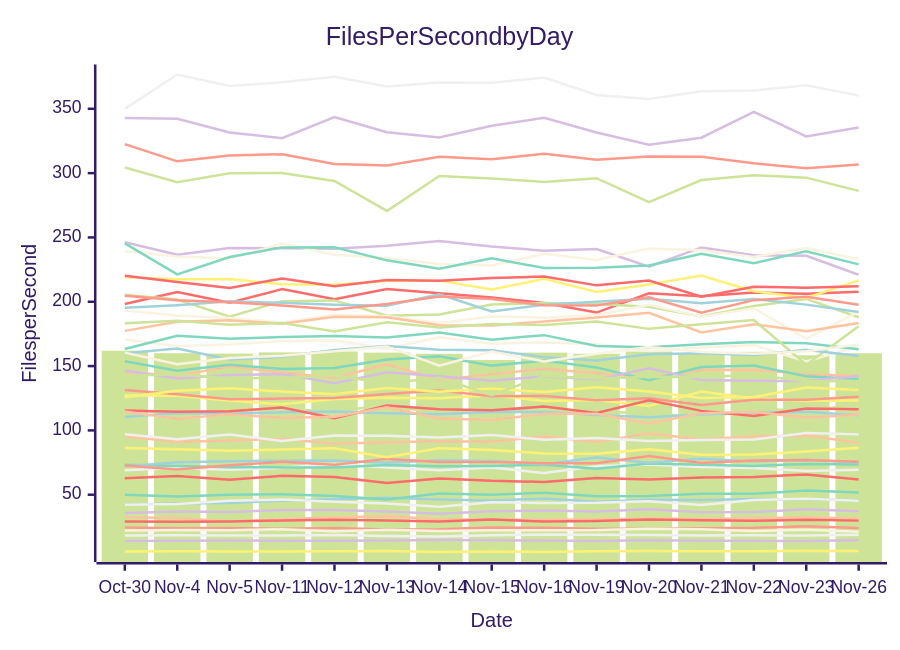
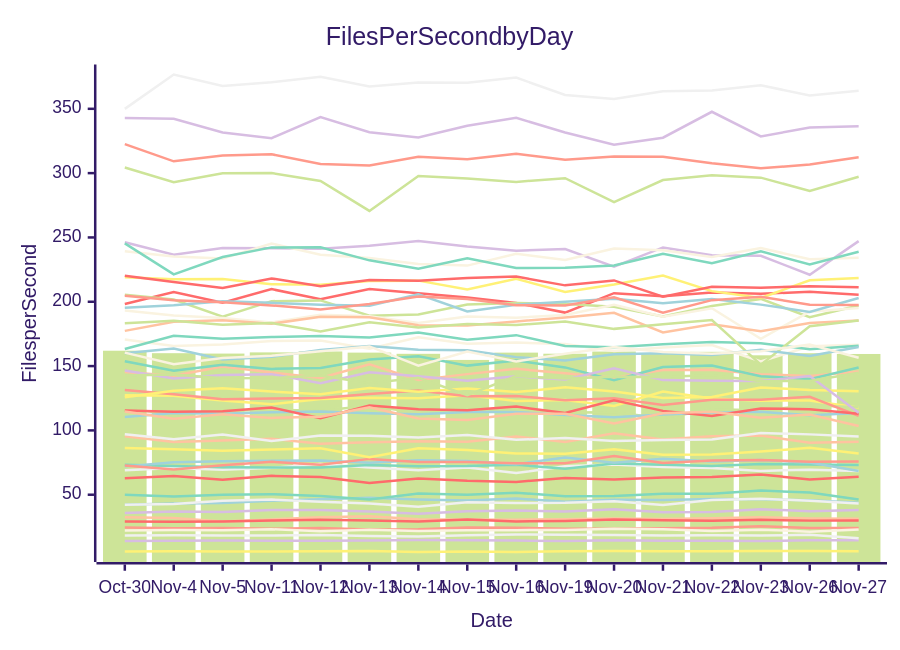
One commit to streetsidesoftware/cspell changed the diagram in perf-report.md. Above: the diagram before and after it, drawn with Mermaid (forest theme). The commit also changed other lines of this file and 1 other file, not shown here.

````diff
--- a/perf-report.md
+++ b/perf-report.md
@@ -10,57 +10,57 @@
 ```mermaid
 xychart-beta
     title Files Per Second by Day
     y-axis Files per Second
-    x-axis Date [Oct-30, Nov-4, Nov-5, Nov-11, Nov-12, Nov-13, Nov-14, Nov-15, Nov-16, Nov-19, Nov-20, Nov-21, Nov-22, Nov-23, Nov-26]
-    bar [161.94, 160.02, 159.72, 160.65, 161.35, 160.47, 159.54, 154.79, 160.46, 159.61, 161.30, 160.06, 161.07, 158.38, 160.01]
-    line [198.27, 207.58, 199.26, 209.84, 202.01, 209.99, 206.66, 203.31, 199.00, 191.59, 206.65, 204.27, 207.11, 206.14, 207.83]
-    line [42.25, 43.22, 43.49, 45.34, 46.46, 47.61, 46.36, 45.42, 47.07, 44.45, 46.03, 45.93, 46.58, 46.39, 45.62]
-    line [13.97, 14.18, 14.33, 14.26, 14.23, 14.49, 14.71, 14.55, 14.39, 13.95, 14.60, 14.17, 14.18, 13.95, 14.61]
-    line [18.25, 18.44, 18.38, 18.23, 18.67, 17.83, 17.56, 18.43, 19.15, 18.91, 18.65, 18.27, 18.52, 18.27, 18.83]
-    line [95.53, 91.04, 92.11, 93.46, 89.53, 90.84, 91.64, 91.15, 95.31, 91.02, 97.72, 93.01, 95.37, 95.97, 90.32]
-    line [49.99, 48.68, 50.03, 50.42, 49.00, 46.22, 50.88, 49.95, 51.56, 48.83, 49.01, 50.78, 50.67, 53.20, 51.79]
-    line [24.43, 23.95, 24.20, 23.49, 24.08, 23.00, 23.06, 24.50, 24.34, 23.62, 23.53, 24.02, 24.23, 25.56, 24.09]
-    line [22.12, 22.59, 22.34, 23.16, 21.54, 22.68, 21.85, 22.43, 22.45, 22.56, 23.60, 23.23, 21.70, 22.82, 21.29]
-    line [127.28, 126.86, 123.18, 120.25, 124.45, 125.35, 124.99, 127.41, 122.93, 123.56, 118.96, 130.24, 124.88, 123.12, 123.27]
-    line [117.43, 111.89, 115.01, 116.13, 115.22, 119.08, 113.54, 116.51, 115.21, 113.92, 114.16, 109.46, 116.44, 115.65, 119.47]
-    line [62.75, 64.51, 61.69, 64.67, 63.79, 59.02, 62.70, 60.80, 59.91, 63.00, 61.76, 63.34, 63.78, 65.76, 61.80]
-    line [110.40, 113.53, 112.85, 114.15, 114.65, 113.36, 112.62, 114.36, 114.33, 111.99, 110.22, 112.37, 113.80, 114.46, 111.80]
-    line [35.71, 36.86, 36.50, 38.05, 38.19, 36.99, 35.25, 37.09, 37.76, 37.04, 38.77, 36.43, 36.55, 38.70, 37.18]
-    line [69.09, 70.86, 69.37, 70.88, 73.81, 71.09, 69.11, 71.10, 66.81, 72.11, 73.56, 71.52, 70.73, 68.53, 69.45]
-    line [145.45, 142.42, 149.63, 145.08, 140.78, 151.35, 139.20, 143.75, 147.85, 144.42, 140.89, 146.99, 147.16, 143.68, 142.26]
-    line [73.22, 72.23, 71.32, 71.25, 71.08, 73.06, 72.16, 72.33, 73.39, 70.13, 74.26, 73.25, 72.41, 73.90, 73.49]
-    line [131.49, 128.05, 124.13, 124.73, 125.27, 128.39, 131.06, 126.59, 126.76, 123.53, 124.94, 119.79, 123.77, 123.92, 126.14]
-    line [170.61, 165.61, 166.70, 169.45, 169.81, 163.46, 172.46, 167.41, 168.34, 167.09, 161.78, 164.45, 166.41, 153.59, 165.34]
-    line [125.70, 130.73, 132.76, 130.23, 128.16, 133.01, 129.97, 132.49, 129.80, 133.61, 130.16, 125.21, 125.92, 133.37, 131.47]
-    line [205.39, 201.71, 188.42, 200.46, 201.07, 189.10, 190.06, 197.82, 199.09, 198.24, 196.06, 188.63, 196.64, 202.22, 187.96]
-    line [115.50, 114.45, 114.87, 117.85, 109.38, 119.29, 116.46, 115.59, 118.49, 113.54, 123.36, 115.17, 111.11, 117.00, 116.48]
-    line [72.03, 75.21, 76.09, 76.34, 76.58, 74.79, 76.80, 76.30, 73.76, 78.85, 74.91, 77.93, 75.92, 76.91, 75.07]
-    line [246.20, 236.64, 241.81, 241.59, 241.14, 243.55, 247.17, 242.91, 239.70, 241.02, 227.21, 242.23, 236.13, 235.78, 220.97]
-    line [97.05, 93.17, 96.79, 91.80, 95.95, 95.87, 94.48, 96.44, 92.65, 94.10, 91.76, 92.63, 92.88, 97.96, 96.91]
-    line [32.41, 31.83, 29.14, 30.76, 32.43, 33.35, 30.87, 30.71, 30.55, 30.97, 31.56, 31.09, 31.75, 32.47, 31.60]
-    line [163.25, 173.61, 171.18, 172.63, 173.35, 172.14, 176.09, 170.54, 174.05, 165.70, 164.60, 166.98, 168.69, 167.81, 163.00]
-    line [72.80, 69.62, 72.93, 75.62, 73.39, 77.86, 75.46, 75.53, 74.48, 74.42, 80.12, 74.68, 76.58, 77.00, 75.69]
-    line [193.23, 189.38, 187.47, 183.93, 189.93, 188.83, 183.53, 188.50, 187.66, 189.71, 197.63, 188.37, 194.96, 171.19, 192.32]
-    line [219.14, 217.54, 217.64, 213.57, 213.32, 216.11, 216.43, 209.55, 217.83, 207.54, 213.34, 220.45, 208.25, 203.01, 216.67]
-    line [304.34, 292.89, 299.81, 300.08, 293.90, 270.62, 297.75, 295.78, 293.19, 296.08, 277.37, 294.62, 298.41, 296.48, 286.19]
-    line [29.14, 29.07, 29.19, 29.96, 30.60, 29.98, 29.13, 30.65, 29.20, 29.66, 30.68, 30.21, 29.67, 30.46, 29.86]
-    line [195.27, 197.35, 200.31, 199.19, 197.63, 196.85, 205.77, 192.52, 197.76, 200.10, 202.32, 198.81, 202.16, 197.78, 192.08]
-    line [342.79, 342.26, 331.64, 327.21, 343.58, 331.81, 327.76, 336.79, 342.94, 331.62, 322.15, 327.54, 347.69, 328.52, 335.50]
-    line [42.24, 42.88, 45.37, 46.20, 44.50, 43.23, 40.60, 44.15, 43.48, 43.70, 44.83, 41.94, 45.87, 46.91, 45.25]
-    line [177.36, 184.49, 185.72, 182.94, 188.28, 187.98, 181.73, 181.49, 184.66, 187.81, 191.42, 176.14, 182.60, 177.02, 183.57]
-    line [153.73, 146.39, 151.10, 147.79, 148.60, 155.08, 157.59, 150.36, 154.26, 148.98, 139.01, 149.20, 150.38, 142.14, 139.88]
-    line [204.60, 201.12, 199.63, 197.18, 194.05, 198.31, 204.17, 202.23, 197.34, 197.09, 203.42, 191.56, 201.26, 203.88, 197.62]
-    line [239.32, 235.17, 233.67, 245.24, 236.50, 233.98, 229.39, 228.12, 237.34, 232.45, 241.31, 240.00, 234.88, 241.77, 233.01]
-    line [5.80, 6.05, 5.91, 5.92, 6.05, 6.23, 5.47, 5.95, 5.52, 6.13, 6.21, 6.06, 6.00, 6.29, 6.16]
-    line [183.23, 185.22, 182.14, 183.42, 176.89, 184.07, 179.92, 182.71, 181.97, 184.63, 178.93, 182.57, 185.79, 151.12, 180.91]
-    line [220.21, 215.36, 210.66, 218.14, 212.13, 216.95, 216.28, 218.40, 219.59, 212.75, 216.58, 203.96, 211.74, 210.99, 212.04]
-    line [160.02, 163.60, 155.05, 157.20, 162.55, 165.62, 162.61, 162.23, 156.96, 154.28, 159.13, 159.89, 158.58, 162.75, 157.87]
-    line [146.59, 140.40, 143.02, 143.74, 136.69, 145.20, 142.11, 138.52, 142.01, 139.48, 148.36, 139.11, 138.55, 138.37, 142.22]
-    line [349.95, 376.67, 367.68, 370.64, 374.87, 367.41, 370.51, 370.21, 374.24, 360.74, 357.55, 363.60, 364.19, 368.22, 360.42]
-    line [114.69, 109.15, 112.48, 109.72, 110.55, 118.02, 109.29, 108.02, 112.93, 112.97, 105.44, 113.26, 114.47, 109.88, 112.40]
-    line [245.41, 221.31, 234.75, 242.27, 242.37, 232.19, 225.67, 233.72, 226.18, 226.48, 228.27, 237.35, 230.05, 239.20, 229.08]
-    line [322.55, 309.17, 313.73, 314.69, 307.18, 306.00, 312.70, 310.78, 315.06, 310.37, 312.90, 312.74, 307.69, 303.77, 306.69]
-    line [160.48, 151.46, 156.36, 158.02, 161.56, 165.28, 150.34, 161.29, 153.65, 159.58, 164.91, 160.94, 159.52, 161.45, 166.78]
-    line [86.40, 85.26, 84.18, 85.13, 86.07, 79.22, 86.18, 84.80, 82.10, 81.80, 85.25, 80.99, 81.28, 83.53, 86.46]
-    line [142.74, 143.48, 140.52, 140.72, 142.75, 136.72, 140.92, 127.38, 142.26, 140.32, 141.64, 141.43, 143.12, 138.28, 138.39]
+    x-axis Date [Oct-30, Nov-4, Nov-5, Nov-11, Nov-12, Nov-13, Nov-14, Nov-15, Nov-16, Nov-19, Nov-20, Nov-21, Nov-22, Nov-23, Nov-26, Nov-27]
+    bar [161.94, 160.02, 159.72, 160.65, 161.35, 160.47, 159.54, 154.79, 160.46, 159.61, 161.30, 160.06, 161.07, 158.38, 160.01, 159.41]
+    line [198.27, 207.58, 199.26, 209.84, 202.01, 209.99, 206.66, 203.31, 199.00, 191.59, 206.65, 204.27, 207.11, 206.14, 207.83, 205.36]
+    line [42.25, 43.22, 43.49, 45.34, 46.46, 47.61, 46.36, 45.42, 47.07, 44.45, 46.03, 45.93, 46.58, 46.39, 45.62, 43.78]
+    line [13.97, 14.18, 14.33, 14.26, 14.23, 14.49, 14.71, 14.55, 14.39, 13.95, 14.60, 14.17, 14.18, 13.95, 14.61, 14.56]
+    line [18.25, 18.44, 18.38, 18.23, 18.67, 17.83, 17.56, 18.43, 19.15, 18.91, 18.65, 18.27, 18.52, 18.27, 18.83, 16.23]
+    line [95.53, 91.04, 92.11, 93.46, 89.53, 90.84, 91.64, 91.15, 95.31, 91.02, 97.72, 93.01, 95.37, 95.97, 90.32, 91.15]
+    line [49.99, 48.68, 50.03, 50.42, 49.00, 46.22, 50.88, 49.95, 51.56, 48.83, 49.01, 50.78, 50.67, 53.20, 51.79, 46.30]
+    line [24.43, 23.95, 24.20, 23.49, 24.08, 23.00, 23.06, 24.50, 24.34, 23.62, 23.53, 24.02, 24.23, 25.56, 24.09, 24.15]
+    line [22.12, 22.59, 22.34, 23.16, 21.54, 22.68, 21.85, 22.43, 22.45, 22.56, 23.60, 23.23, 21.70, 22.82, 21.29, 23.04]
+    line [127.28, 126.86, 123.18, 120.25, 124.45, 125.35, 124.99, 127.41, 122.93, 123.56, 118.96, 130.24, 124.88, 123.12, 123.27, 117.58]
+    line [117.43, 111.89, 115.01, 116.13, 115.22, 119.08, 113.54, 116.51, 115.21, 113.92, 114.16, 109.46, 116.44, 115.65, 119.47, 117.91]
+    line [62.75, 64.51, 61.69, 64.67, 63.79, 59.02, 62.70, 60.80, 59.91, 63.00, 61.76, 63.34, 63.78, 65.76, 61.80, 63.94]
+    line [110.40, 113.53, 112.85, 114.15, 114.65, 113.36, 112.62, 114.36, 114.33, 111.99, 110.22, 112.37, 113.80, 114.46, 111.80, 113.50]
+    line [35.71, 36.86, 36.50, 38.05, 38.19, 36.99, 35.25, 37.09, 37.76, 37.04, 38.77, 36.43, 36.55, 38.70, 37.18, 38.15]
+    line [69.09, 70.86, 69.37, 70.88, 73.81, 71.09, 69.11, 71.10, 66.81, 72.11, 73.56, 71.52, 70.73, 68.53, 69.45, 68.52]
+    line [145.45, 142.42, 149.63, 145.08, 140.78, 151.35, 139.20, 143.75, 147.85, 144.42, 140.89, 146.99, 147.16, 143.68, 142.26, 145.76]
+    line [73.22, 72.23, 71.32, 71.25, 71.08, 73.06, 72.16, 72.33, 73.39, 70.13, 74.26, 73.25, 72.41, 73.90, 73.49, 73.18]
+    line [131.49, 128.05, 124.13, 124.73, 125.27, 128.39, 131.06, 126.59, 126.76, 123.53, 124.94, 119.79, 123.77, 123.92, 126.14, 111.29]
+    line [170.61, 165.61, 166.70, 169.45, 169.81, 163.46, 172.46, 167.41, 168.34, 167.09, 161.78, 164.45, 166.41, 153.59, 165.34, 166.49]
+    line [125.70, 130.73, 132.76, 130.23, 128.16, 133.01, 129.97, 132.49, 129.80, 133.61, 130.16, 125.21, 125.92, 133.37, 131.47, 130.52]
+    line [205.39, 201.71, 188.42, 200.46, 201.07, 189.10, 190.06, 197.82, 199.09, 198.24, 196.06, 188.63, 196.64, 202.22, 187.96, 197.07]
+    line [115.50, 114.45, 114.87, 117.85, 109.38, 119.29, 116.46, 115.59, 118.49, 113.54, 123.36, 115.17, 111.11, 117.00, 116.48, 112.98]
+    line [72.03, 75.21, 76.09, 76.34, 76.58, 74.79, 76.80, 76.30, 73.76, 78.85, 74.91, 77.93, 75.92, 76.91, 75.07, 68.36]
+    line [246.20, 236.64, 241.81, 241.59, 241.14, 243.55, 247.17, 242.91, 239.70, 241.02, 227.21, 242.23, 236.13, 235.78, 220.97, 247.14]
+    line [97.05, 93.17, 96.79, 91.80, 95.95, 95.87, 94.48, 96.44, 92.65, 94.10, 91.76, 92.63, 92.88, 97.96, 96.91, 95.33]
+    line [32.41, 31.83, 29.14, 30.76, 32.43, 33.35, 30.87, 30.71, 30.55, 30.97, 31.56, 31.09, 31.75, 32.47, 31.60, 31.36]
+    line [163.25, 173.61, 171.18, 172.63, 173.35, 172.14, 176.09, 170.54, 174.05, 165.70, 164.60, 166.98, 168.69, 167.81, 163.00, 165.72]
+    line [72.80, 69.62, 72.93, 75.62, 73.39, 77.86, 75.46, 75.53, 74.48, 74.42, 80.12, 74.68, 76.58, 77.00, 75.69, 75.77]
+    line [193.23, 189.38, 187.47, 183.93, 189.93, 188.83, 183.53, 188.50, 187.66, 189.71, 197.63, 188.37, 194.96, 171.19, 192.32, 195.17]
+    line [219.14, 217.54, 217.64, 213.57, 213.32, 216.11, 216.43, 209.55, 217.83, 207.54, 213.34, 220.45, 208.25, 203.01, 216.67, 218.50]
+    line [304.34, 292.89, 299.81, 300.08, 293.90, 270.62, 297.75, 295.78, 293.19, 296.08, 277.37, 294.62, 298.41, 296.48, 286.19, 297.22]
+    line [29.14, 29.07, 29.19, 29.96, 30.60, 29.98, 29.13, 30.65, 29.20, 29.66, 30.68, 30.21, 29.67, 30.46, 29.86, 29.96]
+    line [195.27, 197.35, 200.31, 199.19, 197.63, 196.85, 205.77, 192.52, 197.76, 200.10, 202.32, 198.81, 202.16, 197.78, 192.08, 202.97]
+    line [342.79, 342.26, 331.64, 327.21, 343.58, 331.81, 327.76, 336.79, 342.94, 331.62, 322.15, 327.54, 347.69, 328.52, 335.50, 336.44]
+    line [42.24, 42.88, 45.37, 46.20, 44.50, 43.23, 40.60, 44.15, 43.48, 43.70, 44.83, 41.94, 45.87, 46.91, 45.25, 43.16]
+    line [177.36, 184.49, 185.72, 182.94, 188.28, 187.98, 181.73, 181.49, 184.66, 187.81, 191.42, 176.14, 182.60, 177.02, 183.57, 185.47]
+    line [153.73, 146.39, 151.10, 147.79, 148.60, 155.08, 157.59, 150.36, 154.26, 148.98, 139.01, 149.20, 150.38, 142.14, 139.88, 148.91]
+    line [204.60, 201.12, 199.63, 197.18, 194.05, 198.31, 204.17, 202.23, 197.34, 197.09, 203.42, 191.56, 201.26, 203.88, 197.62, 197.55]
+    line [239.32, 235.17, 233.67, 245.24, 236.50, 233.98, 229.39, 228.12, 237.34, 232.45, 241.31, 240.00, 234.88, 241.77, 233.01, 234.17]
+    line [5.80, 6.05, 5.91, 5.92, 6.05, 6.23, 5.47, 5.95, 5.52, 6.13, 6.21, 6.06, 6.00, 6.29, 6.16, 6.04]
+    line [183.23, 185.22, 182.14, 183.42, 176.89, 184.07, 179.92, 182.71, 181.97, 184.63, 178.93, 182.57, 185.79, 151.12, 180.91, 185.40]
+    line [220.21, 215.36, 210.66, 218.14, 212.13, 216.95, 216.28, 218.40, 219.59, 212.75, 216.58, 203.96, 211.74, 210.99, 212.04, 211.30]
+    line [160.02, 163.60, 155.05, 157.20, 162.55, 165.62, 162.61, 162.23, 156.96, 154.28, 159.13, 159.89, 158.58, 162.75, 157.87, 164.87]
+    line [146.59, 140.40, 143.02, 143.74, 136.69, 145.20, 142.11, 138.52, 142.01, 139.48, 148.36, 139.11, 138.55, 138.37, 142.22, 113.76]
+    line [349.95, 376.67, 367.68, 370.64, 374.87, 367.41, 370.51, 370.21, 374.24, 360.74, 357.55, 363.60, 364.19, 368.22, 360.42, 364.10]
+    line [114.69, 109.15, 112.48, 109.72, 110.55, 118.02, 109.29, 108.02, 112.93, 112.97, 105.44, 113.26, 114.47, 109.88, 112.40, 103.40]
+    line [245.41, 221.31, 234.75, 242.27, 242.37, 232.19, 225.67, 233.72, 226.18, 226.48, 228.27, 237.35, 230.05, 239.20, 229.08, 238.84]
+    line [322.55, 309.17, 313.73, 314.69, 307.18, 306.00, 312.70, 310.78, 315.06, 310.37, 312.90, 312.74, 307.69, 303.77, 306.69, 312.34]
+    line [160.48, 151.46, 156.36, 158.02, 161.56, 165.28, 150.34, 161.29, 153.65, 159.58, 164.91, 160.94, 159.52, 161.45, 166.78, 156.44]
+    line [86.40, 85.26, 84.18, 85.13, 86.07, 79.22, 86.18, 84.80, 82.10, 81.80, 85.25, 80.99, 81.28, 83.53, 86.46, 82.01]
+    line [142.74, 143.48, 140.52, 140.72, 142.75, 136.72, 140.92, 127.38, 142.26, 140.32, 141.64, 141.43, 143.12, 138.28, 138.39, 144.77]
 ```
````
